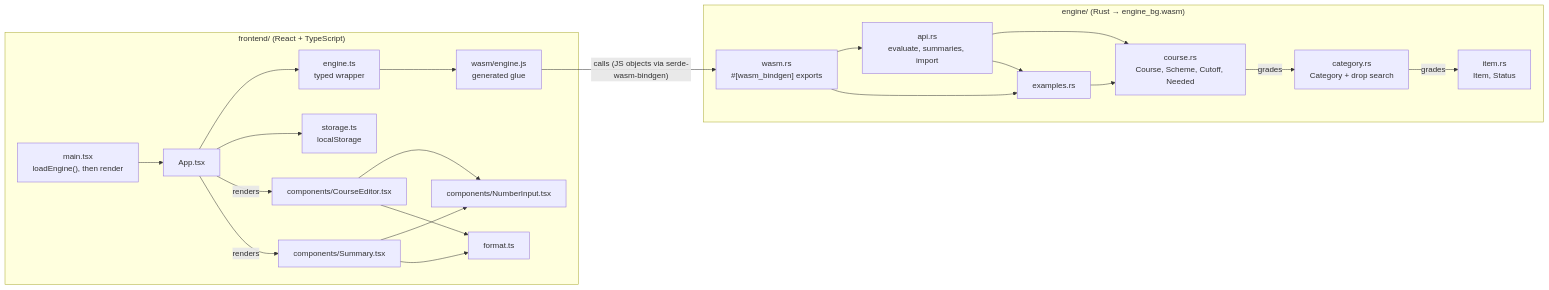
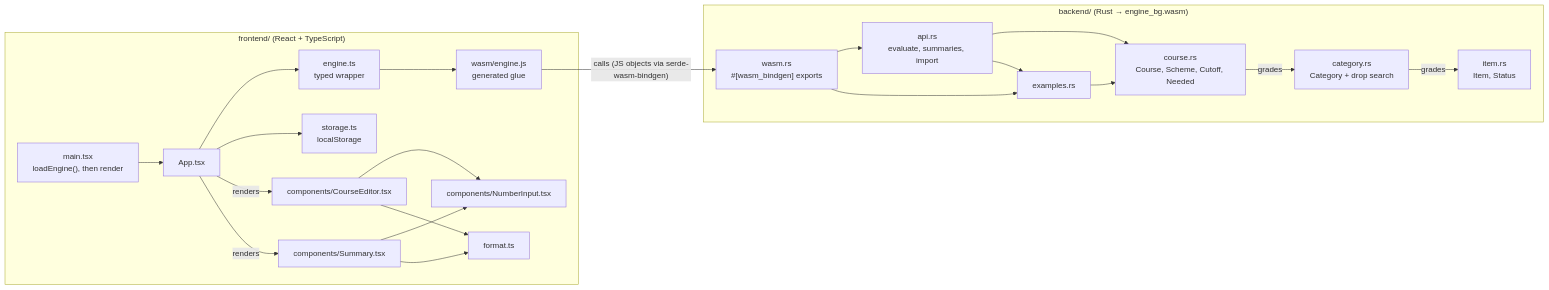
The first of 8 diagrams in docs/uml.md (Patman1O1/grade-calculator), drawn with Mermaid before and after one commit. The commit also changed other lines of this file and 5 other files, not shown here.

````diff
--- a/docs/uml.md
+++ b/docs/uml.md
@@ -20,40 +20,40 @@
 ```mermaid
 flowchart LR
   subgraph frontend["frontend/ (React + TypeScript)"]
     main["main.tsx<br/>loadEngine(), then render"]
     App["App.tsx"]
     CourseEditor["components/CourseEditor.tsx"]
     Summary["components/Summary.tsx"]
     NumberInput["components/NumberInput.tsx"]
     enginets["engine.ts<br/>typed wrapper"]
     glue["wasm/engine.js<br/>generated glue"]
     storage["storage.ts<br/>localStorage"]
     format["format.ts"]
   end
-  subgraph engine["engine/ (Rust → engine_bg.wasm)"]
+  subgraph engine["backend/ (Rust → engine_bg.wasm)"]
     wasm["wasm.rs<br/>#[wasm_bindgen] exports"]
     api["api.rs<br/>evaluate, summaries, import"]
     item["item.rs<br/>Item, Status"]
     category["category.rs<br/>Category + drop search"]
     course["course.rs<br/>Course, Scheme, Cutoff, Needed"]
     examples["examples.rs"]
   end
 
   main --> App
   App --> enginets --> glue
   App --> storage
   App -->|renders| CourseEditor
   App -->|renders| Summary
   CourseEditor --> NumberInput
   Summary --> NumberInput
   CourseEditor --> format
   Summary --> format
   glue -->|"calls (JS objects via serde-wasm-bindgen)"| wasm
   wasm --> api
   wasm --> examples
   api --> course
   api --> examples
   examples --> course
   course -->|grades| category
   category -->|grades| item
 ```
````
